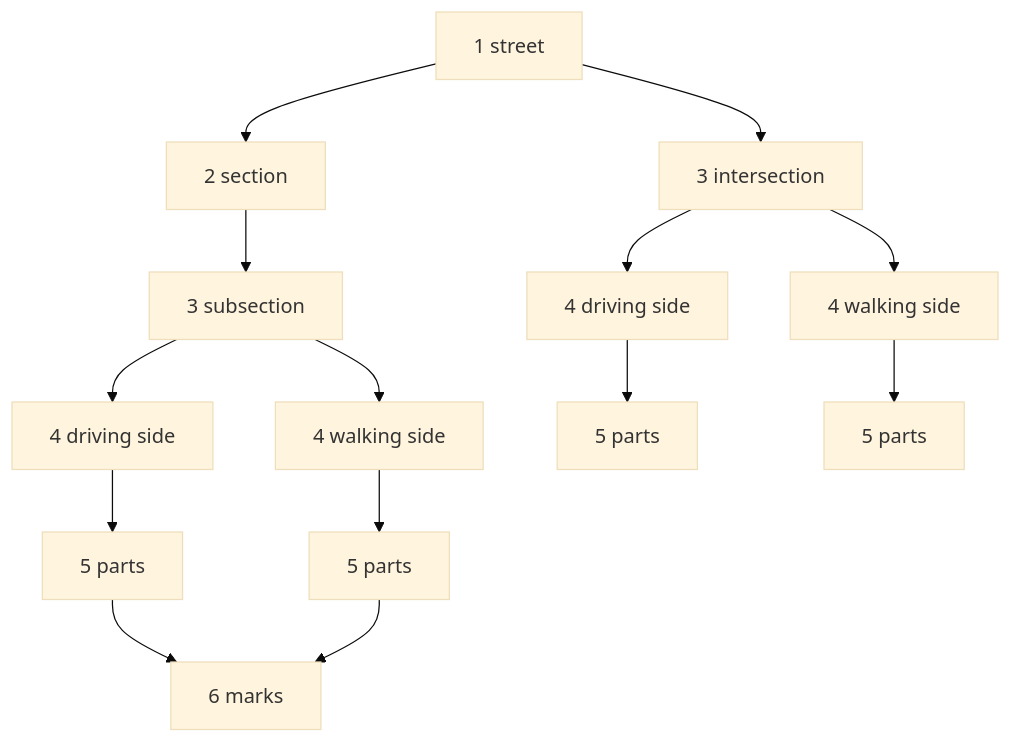
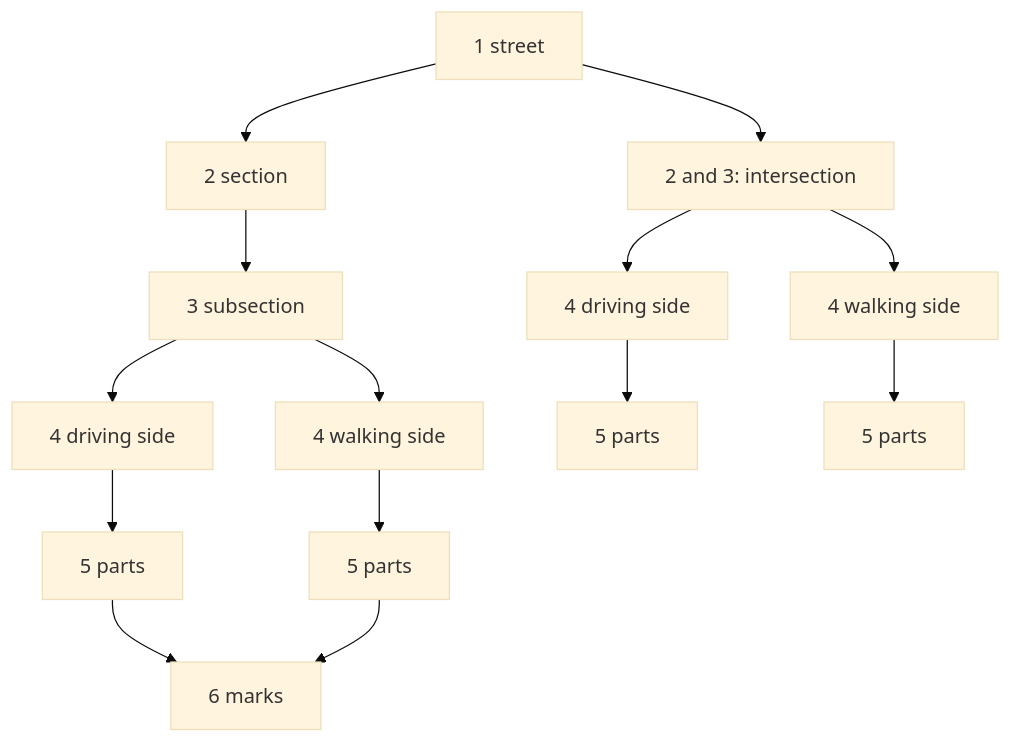
Before and after one commit to Khoshkhah/urbanstyle: the first of 3 diagrams in docs/design/steps.md, drawn with Mermaid (base theme). The commit also changed other lines of this file, not shown here.

Commit message:
docs/design/steps.md: an intersection is its own stretch (rank 2) and its own space (rank 3)

````diff
--- a/docs/design/steps.md
+++ b/docs/design/steps.md
@@ -17,16 +20,16 @@
 ```mermaid
 flowchart TD
     ST[1 street] --> SE[2 section]
     SE --> SU[3 subsection]
-    ST --> IN[3 intersection]
+    ST --> IN[2 and 3: intersection]
     SU --> D1[4 driving side]
     SU --> W1[4 walking side]
     IN --> D2[4 driving side]
     IN --> W2[4 walking side]
     D1 --> P1[5 parts]
     W1 --> P2[5 parts]
     D2 --> P3[5 parts]
     W2 --> P4[5 parts]
     P1 --> M[6 marks]
     P2 --> M
 ```
````
